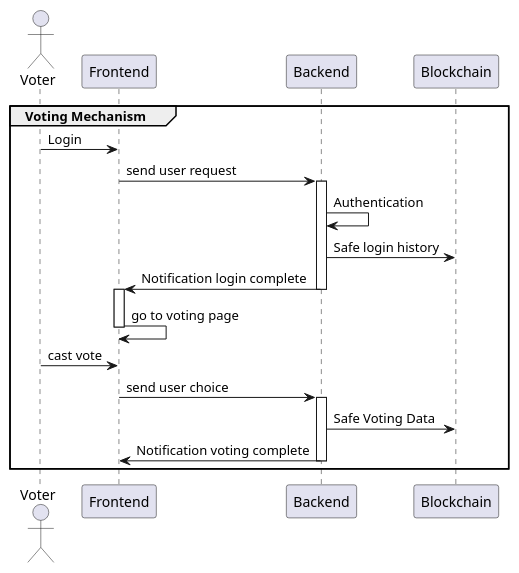
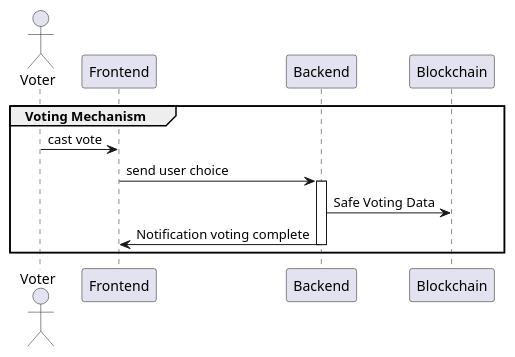
One commit to IF5200-Class1-Team4/E-Voting changed the diagram in Diagram/Voting.puml. Above: the diagram before and after it, drawn with PlantUML. The commit also changed 6 other files, not shown here.

Commit message:
Update Diagram

```diff
--- a/Diagram/Voting.puml
+++ b/Diagram/Voting.puml
@@ -1,37 +1,22 @@
 @startuml global sequence diagram
 skinparam maxMessageSize 300
 actor "Voter" as user1
 ' actor "Candidate" as user2
 ' actor "KPU" as user3
 participant "Frontend" as system1
 participant "Backend" as system2
 participant "Blockchain" as system3
 
 group Voting Mechanism
-    user1 -> system1: Login
-
-    system1 -> system2: send user request
-
-    activate system2
-    system2 -> system2: Authentication
-    system2 -> system3: Safe login history
-    system2 -> system1: Notification login complete
-    deactivate system2
-
-    
-
-    activate system1
-    system1 -> system1: go to voting page
-    deactivate system1
 
     user1 -> system1: cast vote
     system1 -> system2: send user choice
 
     activate system2
     system2 -> system3: Safe Voting Data
     system2 -> system1: Notification voting complete
     deactivate system2
     
 
 end
 @enduml
```
